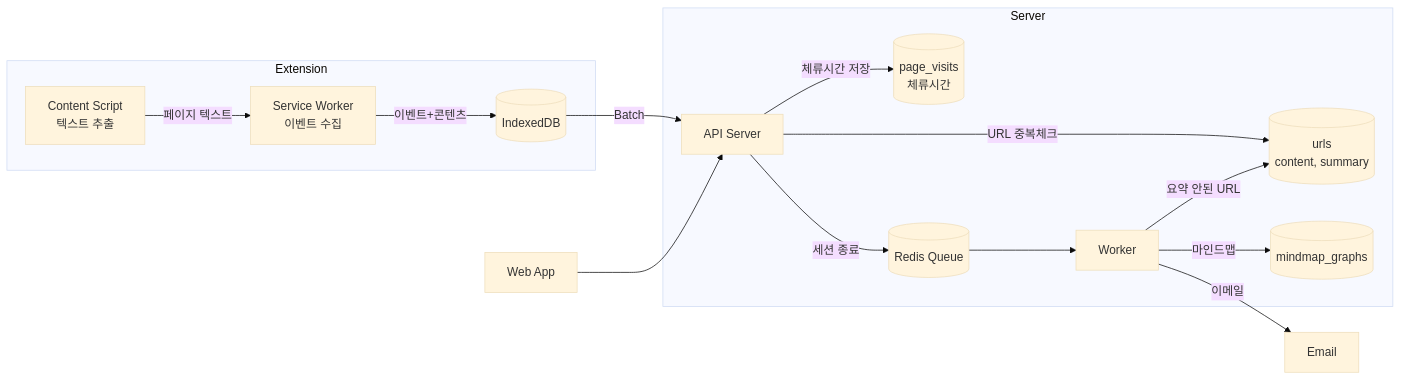
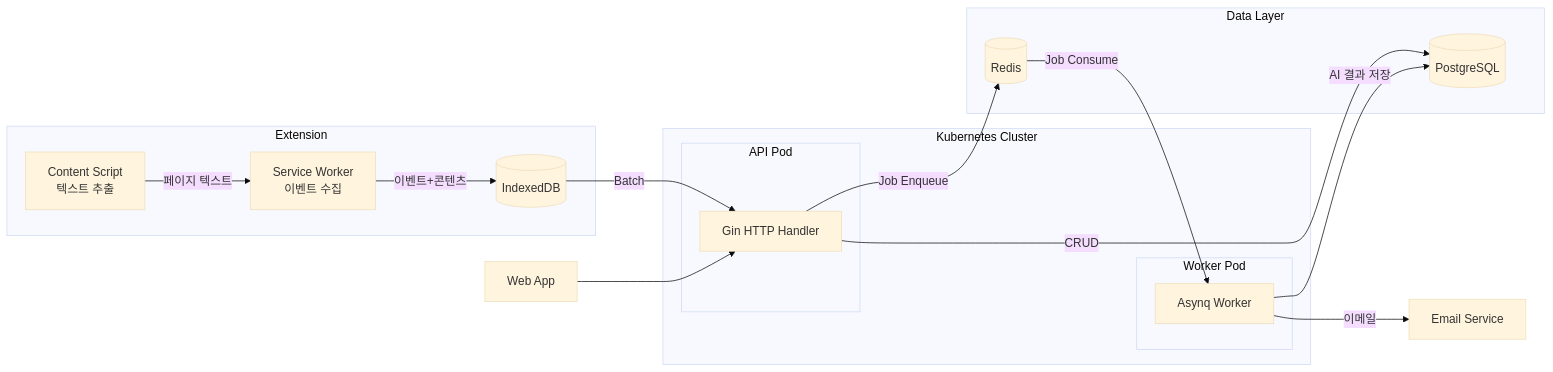
Before and after one commit to coldzero94/mindhit: the third of 5 diagrams in docs/development/01-architecture.md, drawn with Mermaid (base theme). The commit also changed other lines of this file and 23 other files, not shown here.

````diff
--- a/docs/development/01-architecture.md
+++ b/docs/development/01-architecture.md
@@ -15,32 +130,36 @@
 ```mermaid
 flowchart LR
   subgraph Extension
     CS[Content Script<br/>텍스트 추출]
     SW[Service Worker<br/>이벤트 수집]
     LQ[(IndexedDB)]
   end
 
-  subgraph Server
-    API[API Server]
-    URLS[(urls<br/>content, summary)]
-    VISITS[(page_visits<br/>체류시간)]
-    Q[(Redis Queue)]
-    WK[Worker]
-    MM[(mindmap_graphs)]
+  subgraph K8s["Kubernetes Cluster"]
+    subgraph API_Pod["API Pod"]
+      API[Gin HTTP Handler]
+    end
+
+    subgraph Worker_Pod["Worker Pod"]
+      WK[Asynq Worker]
+    end
+  end
+
+  subgraph Data["Data Layer"]
+    PG[(PostgreSQL)]
+    REDIS[(Redis)]
   end
 
   CS -->|페이지 텍스트| SW
   SW -->|이벤트+콘텐츠| LQ
   LQ -->|Batch| API
 
-  API -->|URL 중복체크| URLS
-  API -->|체류시간 저장| VISITS
-  API -->|세션 종료| Q
+  API -->|CRUD| PG
+  API -->|Job Enqueue| REDIS
 
-  Q --> WK
-  WK -->|요약 안된 URL| URLS
-  WK -->|마인드맵| MM
-  WK -->|이메일| MAIL[Email]
+  REDIS -->|Job Consume| WK
+  WK -->|AI 결과 저장| PG
+  WK -->|이메일| MAIL[Email Service]
 
   WEB[Web App] --> API
 ```
````
